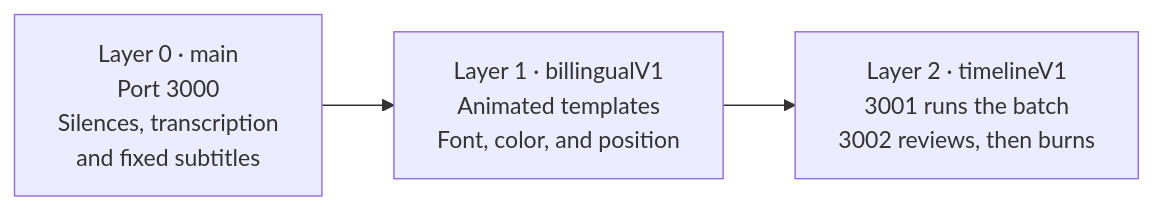
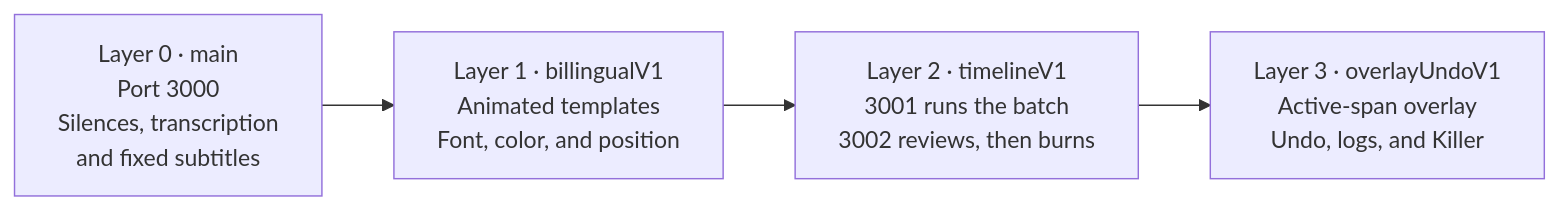
Before and after one commit to Juan9201/CC-V1: the second of 2 diagrams in README.md, drawn with Mermaid. The commit also changed other lines of this file, not shown here.

First line of the commit message:
Record layer 3 on the map: overlay, undo, logs, and the queue controls.

````diff
--- a/README.md
+++ b/README.md
@@ -31,7 +33,8 @@
 ```mermaid
 flowchart LR
   c0["Layer 0 · main<br/>Port 3000<br/>Silences, transcription<br/>and fixed subtitles"]
   c1["Layer 1 · billingualV1<br/>Animated templates<br/>Font, color, and position"]
   c2["Layer 2 · timelineV1<br/>3001 runs the batch<br/>3002 reviews, then burns"]
-  c0 --> c1 --> c2
+  c3["Layer 3 · overlayUndoV1<br/>Active-span overlay<br/>Undo, logs, and Killer"]
+  c0 --> c1 --> c2 --> c3
 ```
````
